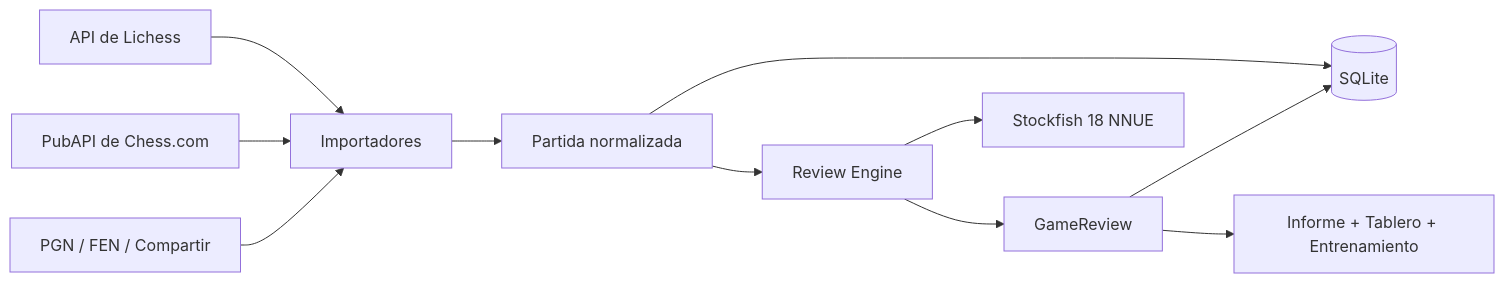
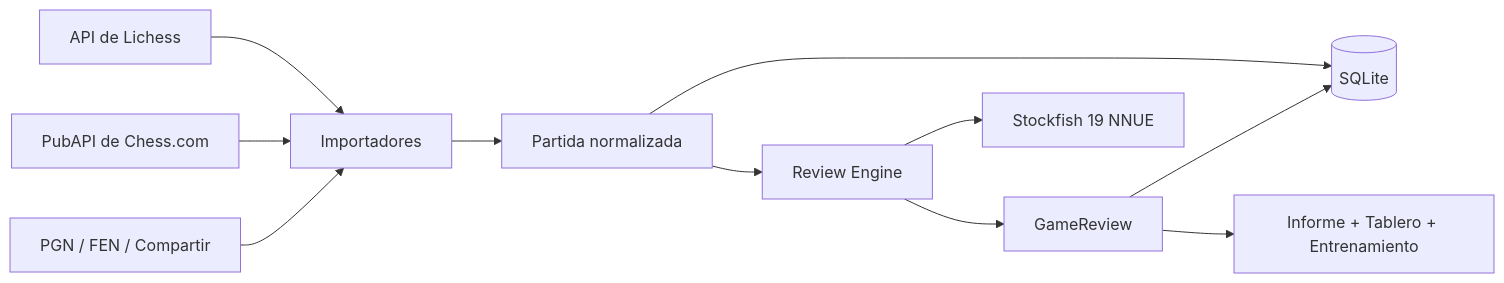
One commit to Zer0x25/Chess-Zerox changed the diagram in docs/product/ARQUITECTURA.md. Above: the diagram before and after it, drawn with Mermaid. The commit also changed other lines of this file and 2 other files, not shown here.

Commit message:
docs: the fork ships Stockfish 19, not 18

````diff
--- a/docs/product/ARQUITECTURA.md
+++ b/docs/product/ARQUITECTURA.md
@@ -29,13 +29,13 @@
 ```mermaid
 flowchart LR
   L[API de Lichess] --> IMP[Importadores]
   C[PubAPI de Chess.com] --> IMP
   P[PGN / FEN / Compartir] --> IMP
   IMP --> N[Partida normalizada]
   N --> DB[(SQLite)]
   N --> REV[Review Engine]
-  REV --> SF[Stockfish 18 NNUE]
+  REV --> SF[Stockfish 19 NNUE]
   REV --> REP[GameReview]
   REP --> DB
   REP --> UI[Informe + Tablero + Entrenamiento]
 ```
````
